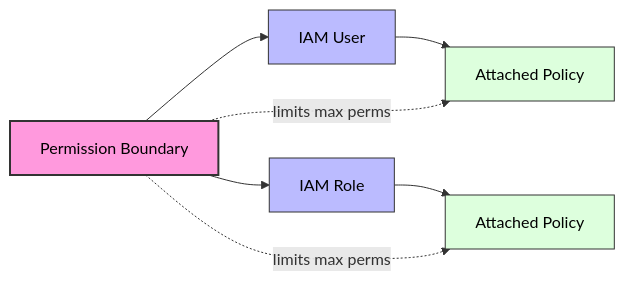
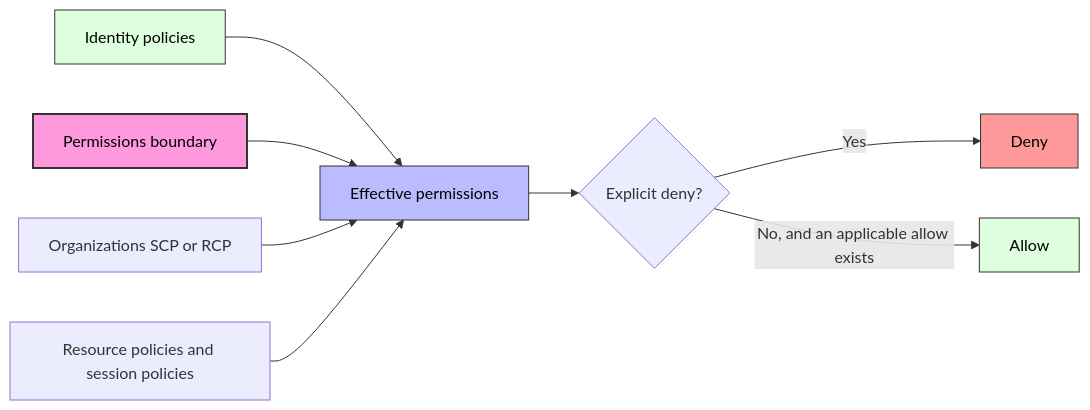
One commit to AlexanderBesss/AWS_best_praactices changed the first of 2 diagrams in Core-Services/IAM-Best-Practices.md. Above: the diagram before and after it, drawn with Mermaid. The commit also changed other lines of this file and 31 other files, not shown here.

````diff
--- a/Core-Services/IAM-Best-Practices.md
+++ b/Core-Services/IAM-Best-Practices.md
@@ -14,14 +14,15 @@
 ```mermaid
 graph LR
-    PB[Permission Boundary] --> U1[IAM User]
-    PB --> R1[IAM Role]
-    U1 --> P1[Attached Policy]
-    R1 --> P2[Attached Policy]
-    PB -.->|limits max perms| P1
-    PB -.->|limits max perms| P2
+    P1[Identity policies] --> E[Effective permissions]
+    PB[Permissions boundary] --> E
+    SCP[Organizations SCP or RCP] --> E
+    RP[Resource policies and session policies] --> E
+    E --> D{Explicit deny?}
+    D -->|Yes| DENY[Deny]
+    D -->|No, and an applicable allow exists| ALLOW[Allow]
     style PB fill:#f9d,stroke:#333,stroke-width:2px,color:#000
-    style U1 fill:#bbf,stroke:#333,color:#000
-    style R1 fill:#bbf,stroke:#333,color:#000
+    style E fill:#bbf,stroke:#333,color:#000
     style P1 fill:#dfd,stroke:#333,color:#000
-    style P2 fill:#dfd,stroke:#333,color:#000
+    style ALLOW fill:#dfd,stroke:#333,color:#000
+    style DENY fill:#f99,stroke:#333,color:#000
 ```
````
